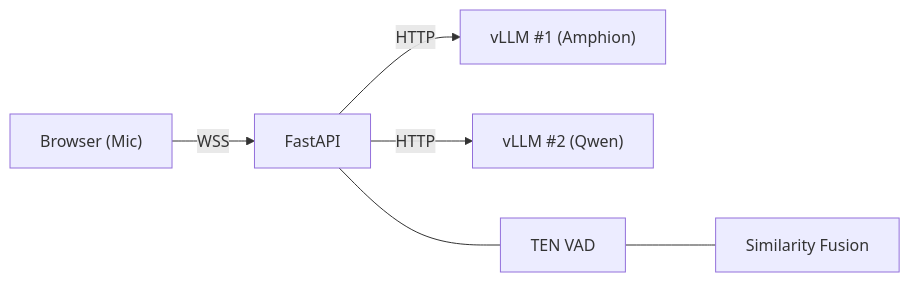
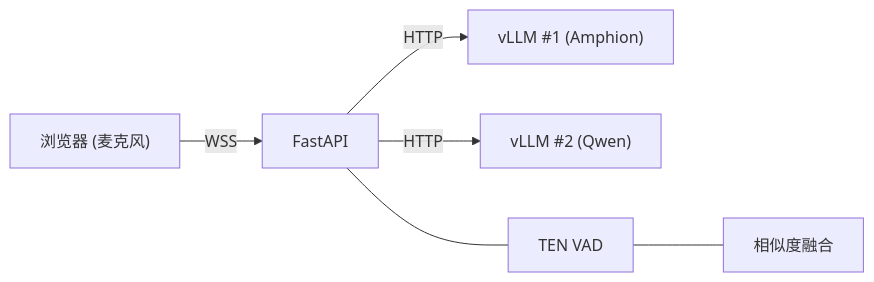
One commit to amphionspace/audiollm-server changed the diagram in README.md. Above: the diagram before and after it, drawn with Mermaid. The commit also changed other lines of this file, not shown here.

````diff
--- a/README.md
+++ b/README.md
@@ -41,8 +42,8 @@
 ```mermaid
 graph LR
-    Browser["Browser (Mic)"] -->|WSS| FastAPI
+    Browser["浏览器 (麦克风)"] -->|WSS| FastAPI
     FastAPI -->|HTTP| vLLM1["vLLM #1 (Amphion)"]
     FastAPI -->|HTTP| vLLM2["vLLM #2 (Qwen)"]
     FastAPI --- VAD["TEN VAD"]
-    VAD --- Fusion["Similarity Fusion"]
+    VAD --- Fusion["相似度融合"]
 ```
````
